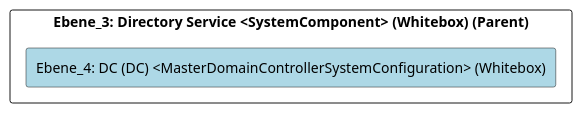
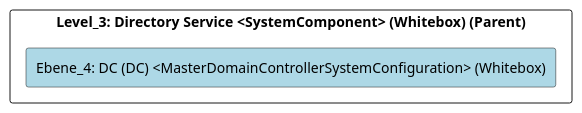
Before and after one commit to marcozwyssig/cleon: the diagram in src/cleon.architecturemethods.arc42.sample/doc/cleon_architecturemethods_arc42_sample_system/adoc/de/05_bausteinsicht/ikt/application/directory_service/dc/ebene_4_dc.adoc, drawn with PlantUML. The commit also changed other lines of this file and 169 other files, not shown here.

```diff
--- a/src/cleon.architecturemethods.arc42.sample/doc/cleon_architecturemethods_arc42_sample_system/adoc/de/05_bausteinsicht/ikt/application/directory_service/dc/ebene_4_dc.adoc
+++ b/src/cleon.architecturemethods.arc42.sample/doc/cleon_architecturemethods_arc42_sample_system/adoc/de/05_bausteinsicht/ikt/application/directory_service/dc/ebene_4_dc.adoc
@@ -24,24 +24,24 @@
 [plantuml, Ebene_4: DC (DC) <MasterDomainControllerSystemConfiguration> (Whitebox)BlockOverview, format="svg"]
 ----
 @startuml Ebene_4: DC (DC) <MasterDomainControllerSystemConfiguration> (Whitebox)BuildingBlockOverview
 
 skinparam ranksep 10
 skinparam componentStyle rectangle
 skinparam shadowing false
 skinparam arrowColor lightblue
 skinparam arrowThickness 1.2
 skinparam rectangle {
   BackgroundColor White
   BorderColor #333
   RoundCorner 10
 }
 top to bottom direction
 
-component "Ebene_3: Directory Service <SystemComponent> (Whitebox) (Parent)" {
+component "Level_3: Directory Service <SystemComponent> (Whitebox) (Parent)" {
     component "Ebene_4: DC (DC) <MasterDomainControllerSystemConfiguration> (Whitebox)" #lightblue {
     }
 
 }
 
 @enduml
 ----
```
